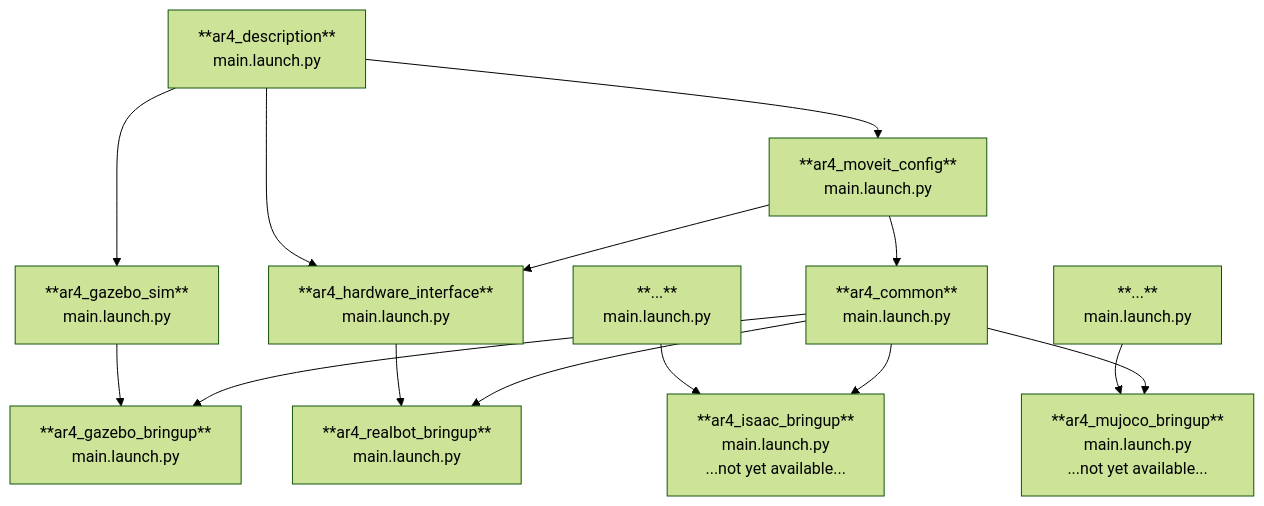
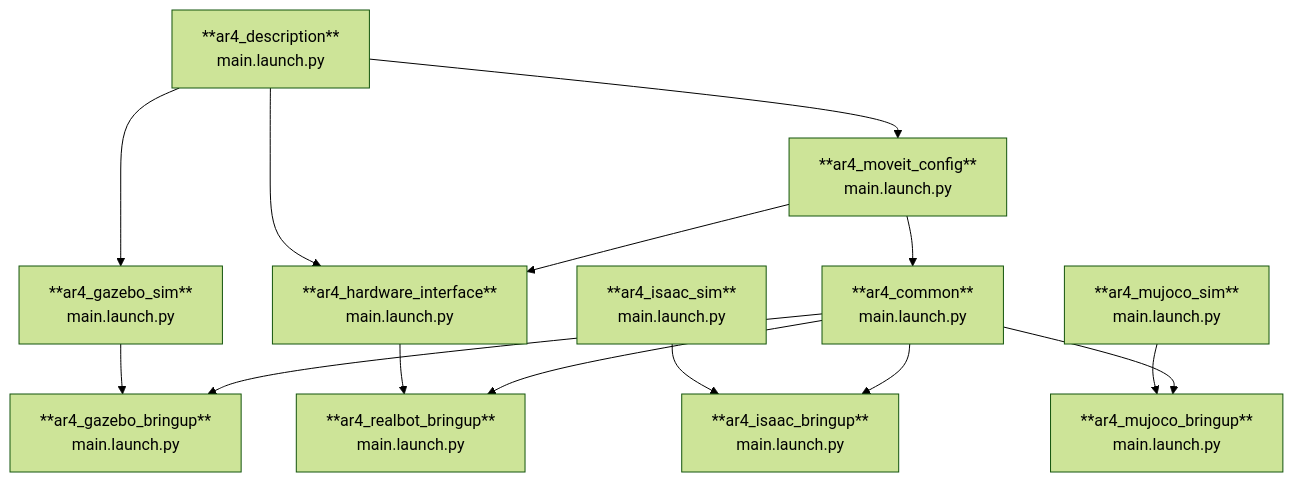
Before and after one commit to Ekumen-OS/ar4: the diagram in README.md, drawn with Mermaid (forest theme). The commit also changed other lines of this file and 5 other files, not shown here.

````diff
--- a/README.md
+++ b/README.md
@@ -24,37 +22,37 @@
 ```mermaid
 graph TD
       A[**ar4_moveit_config** <br> main.launch.py]
       B[**ar4_common** <br> main.launch.py]
       C[**ar4_description** <br> main.launch.py]
       D[**ar4_gazebo_sim** <br> main.launch.py]
       E[**ar4_gazebo_bringup** <br> main.launch.py]
       F[**ar4_hardware_interface** <br> main.launch.py]
       G[**ar4_realbot_bringup** <br> main.launch.py]
 
       A --> F
       C --> F
 
-      H[**ar4_isaac_bringup** <br> main.launch.py <br> ...not yet available...]
-      I[**...** <br> main.launch.py]
+      H[**ar4_isaac_bringup** <br> main.launch.py]
+      I[**ar4_isaac_sim** <br> main.launch.py]
 
       B --> H
       I --> H
 
-      J[**ar4_mujoco_bringup** <br> main.launch.py <br> ...not yet available...]
-      K[**...** <br> main.launch.py]
+      J[**ar4_mujoco_bringup** <br> main.launch.py]
+      K[**ar4_mujoco_sim** <br> main.launch.py]
 
       B --> J
       K --> J
 
 
       A --> B
 
       C --> D
       C --> A
 
       B --> E
       D --> E
 
       B --> G
       F --> G
 ```
````
